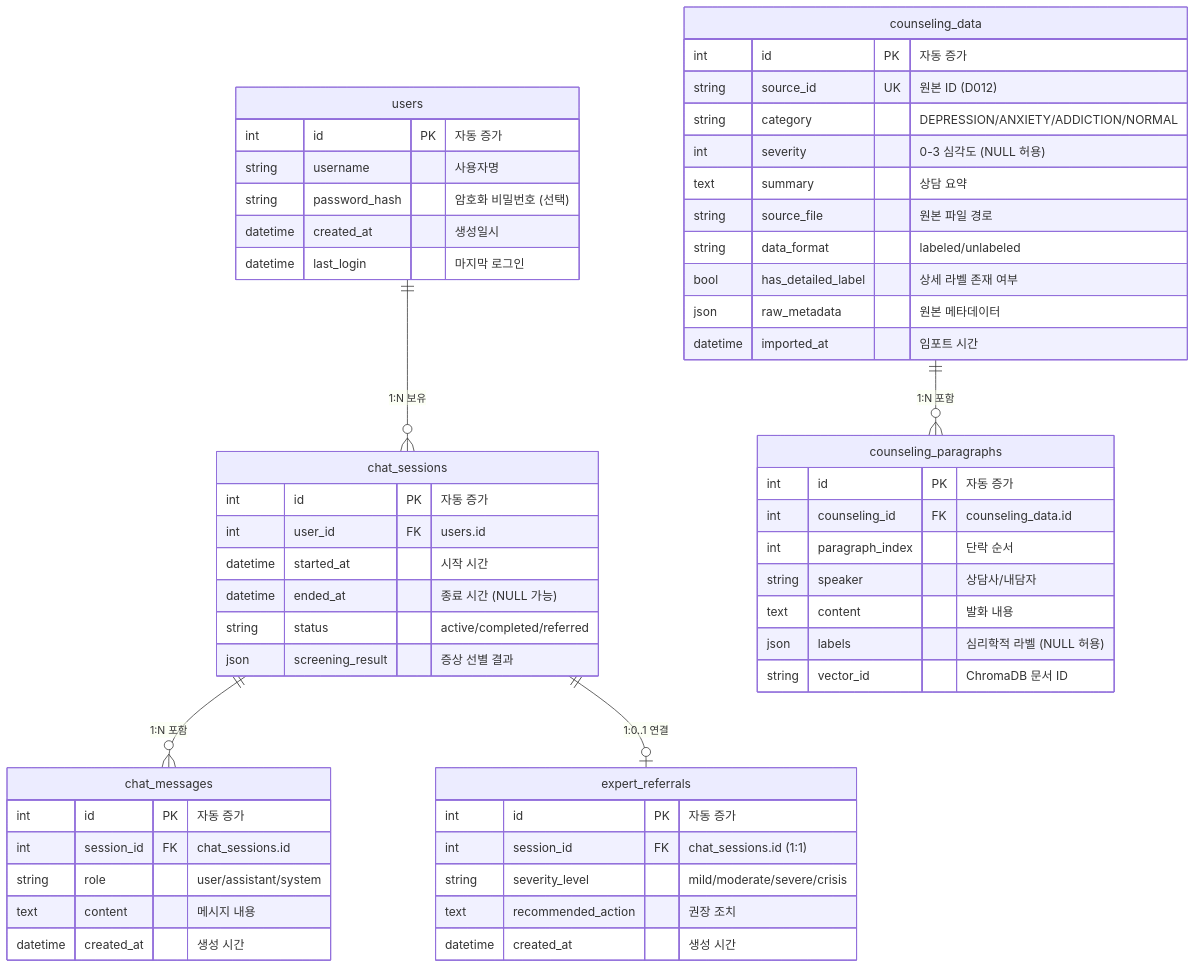
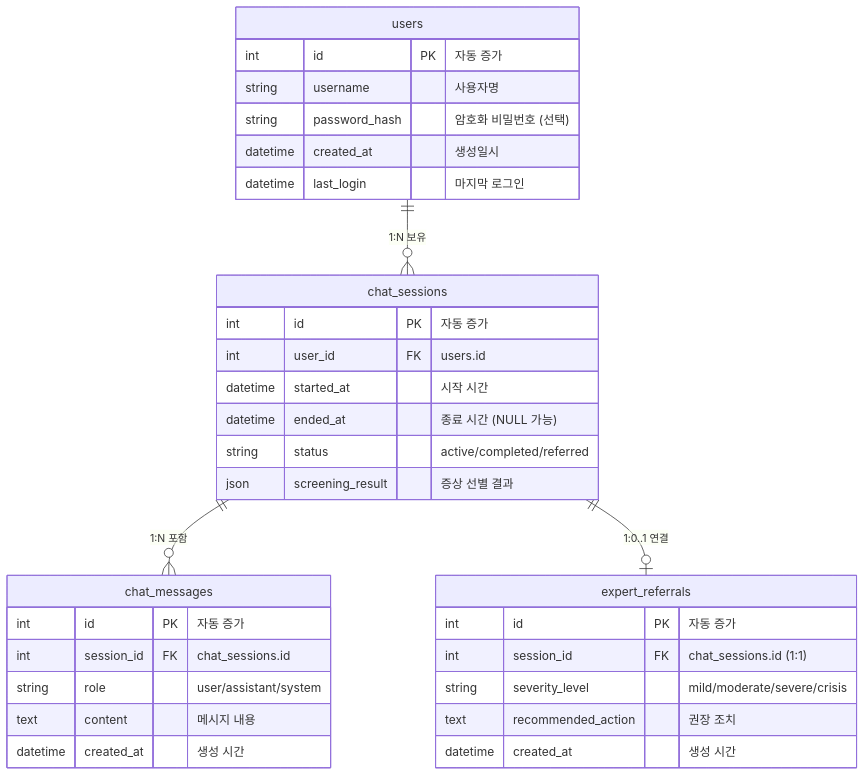
Before and after one commit to SKNETWORKS-FAMILY-AICAMP/SKN21-4th-3Team: the second of 3 diagrams in docs/DATABASE_DESIGN.md, drawn with Mermaid. The commit also changed other lines of this file and 2 other files, not shown here.

Commit message:
Update docs and fix gitignore (DATABASE_DESIGN.md architecture reflect)

````diff
--- a/docs/DATABASE_DESIGN.md
+++ b/docs/DATABASE_DESIGN.md
@@ -47,63 +44,39 @@
 ```mermaid
 erDiagram
     users {
         int id PK "자동 증가"
         string username "사용자명"
         string password_hash "암호화 비밀번호 (선택)"
         datetime created_at "생성일시"
         datetime last_login "마지막 로그인"
     }
-    
+
     chat_sessions {
         int id PK "자동 증가"
         int user_id FK "users.id"
         datetime started_at "시작 시간"
         datetime ended_at "종료 시간 (NULL 가능)"
         string status "active/completed/referred"
         json screening_result "증상 선별 결과"
     }
-    
+
     chat_messages {
         int id PK "자동 증가"
         int session_id FK "chat_sessions.id"
         string role "user/assistant/system"
         text content "메시지 내용"
         datetime created_at "생성 시간"
     }
-    
-    counseling_data {
-        int id PK "자동 증가"
-        string source_id UK "원본 ID (D012)"
-        string category "DEPRESSION/ANXIETY/ADDICTION/NORMAL"
-        int severity "0-3 심각도 (NULL 허용)"
-        text summary "상담 요약"
-        string source_file "원본 파일 경로"
-        string data_format "labeled/unlabeled"
-        bool has_detailed_label "상세 라벨 존재 여부"
-        json raw_metadata "원본 메타데이터"
-        datetime imported_at "임포트 시간"
-    }
-    
-    counseling_paragraphs {
-        int id PK "자동 증가"
-        int counseling_id FK "counseling_data.id"
-        int paragraph_index "단락 순서"
-        string speaker "상담사/내담자"
-        text content "발화 내용"
-        json labels "심리학적 라벨 (NULL 허용)"
-        string vector_id "ChromaDB 문서 ID"
-    }
-    
+
     expert_referrals {
         int id PK "자동 증가"
         int session_id FK "chat_sessions.id (1:1)"
         string severity_level "mild/moderate/severe/crisis"
         text recommended_action "권장 조치"
         datetime created_at "생성 시간"
     }
-    
+
     users ||--o{ chat_sessions : "1:N 보유"
     chat_sessions ||--o{ chat_messages : "1:N 포함"
     chat_sessions ||--o| expert_referrals : "1:0..1 연결"
-    counseling_data ||--o{ counseling_paragraphs : "1:N 포함"
 ```
````
